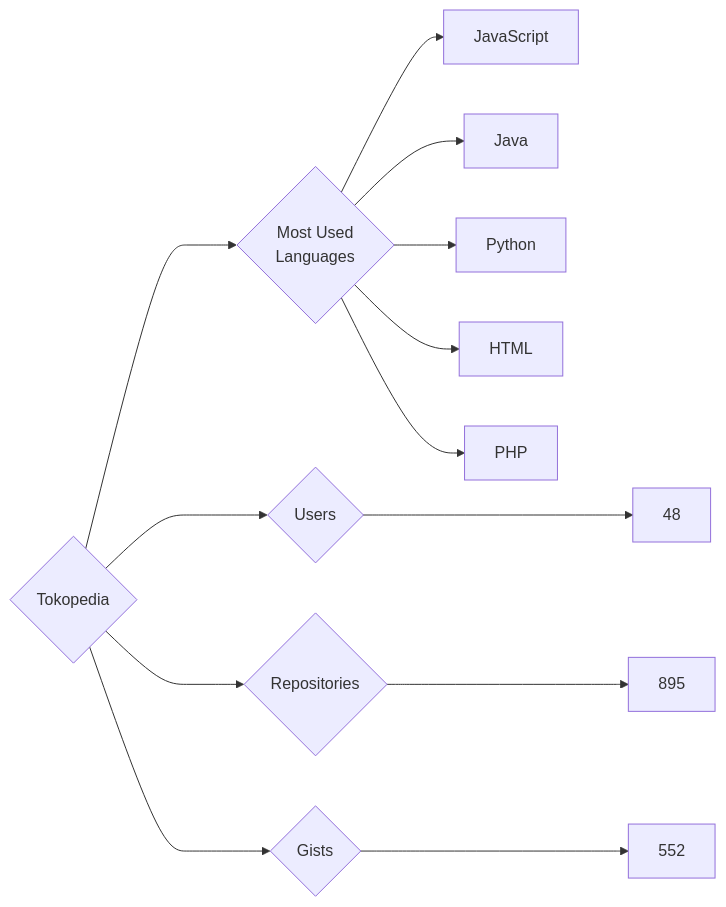
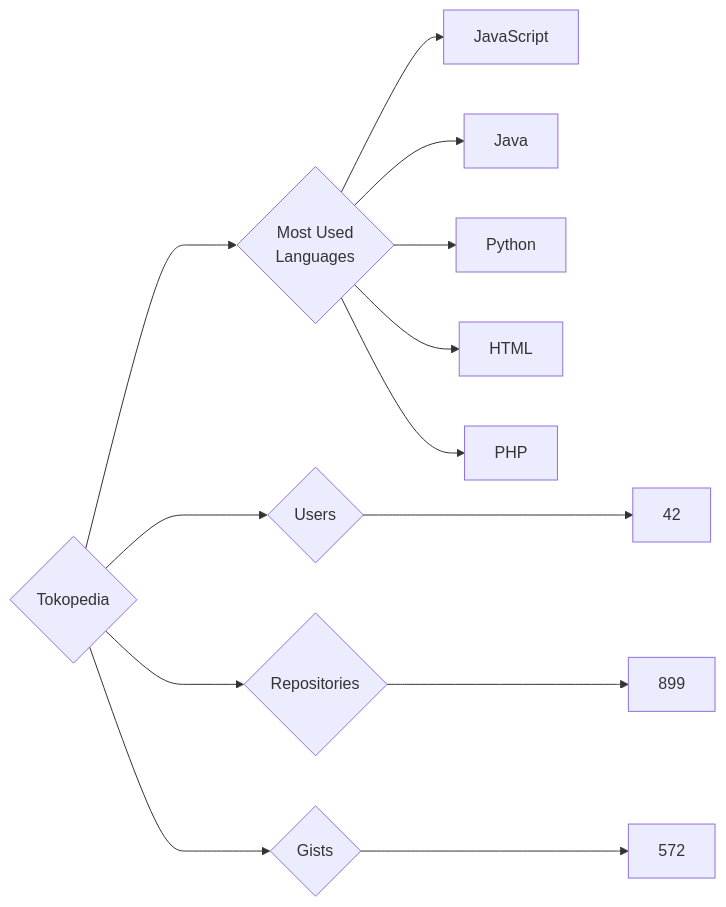
Before and after one commit to trickest/insiders: the diagram in targets/Tokopedia/README.md, drawn with Mermaid. The commit also changed 953 other files, not shown here.

````diff
--- a/targets/Tokopedia/README.md
+++ b/targets/Tokopedia/README.md
@@ -3,13 +3,13 @@
 ```mermaid
 graph LR
 COMPANY_NAME{Tokopedia}
-COMPANY_NAME ---> U{Users} ---> UN[48]
-COMPANY_NAME ---> R{Repositories} ---> RN[895]
-COMPANY_NAME ---> G{Gists} ---> GN[552]
+COMPANY_NAME ---> U{Users} ---> UN[42]
+COMPANY_NAME ---> R{Repositories} ---> RN[899]
+COMPANY_NAME ---> G{Gists} ---> GN[572]
 COMPANY_NAME ---> ML{Most Used<br>Languages}
 ML --> JavaScript[JavaScript]
 ML --> Java[Java]
 ML --> Python[Python]
 ML --> HTML[HTML]
 ML --> PHP[PHP]
 ```
````
